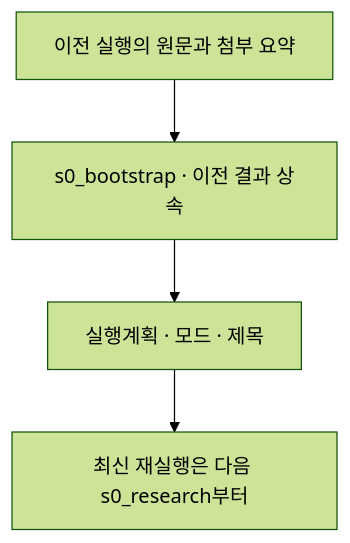
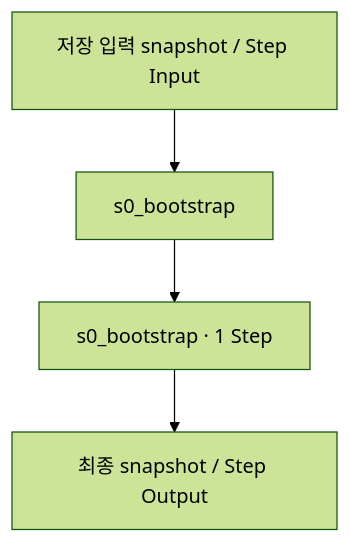
One commit to equipment0226/triz_backend changed the diagram in docs/sample-data/rotation-serial-latest/stages/01-s0-bootstrap.md. Above: the diagram before and after it, drawn with Mermaid (forest theme). The commit also changed other lines of this file and 1606 other files, not shown here.

````diff
--- a/docs/sample-data/rotation-serial-latest/stages/01-s0-bootstrap.md
+++ b/docs/sample-data/rotation-serial-latest/stages/01-s0-bootstrap.md
@@ -9,6 +9,6 @@
 ```mermaid
 flowchart TD
-    I["이전 실행의 원문과 첨부 요약"] --> P["s0_bootstrap · 이전 결과 상속"]
-    P --> O["실행계획 · 모드 · 제목"]
-    O --> N["최신 재실행은 다음 s0_research부터"]
+    I["저장 입력 snapshot / Step Input"] --> S["s0_bootstrap"]
+    S --> P0["s0_bootstrap · 1 Step"]
+    P0 --> O["최종 snapshot / Step Output"]
 ```
````
